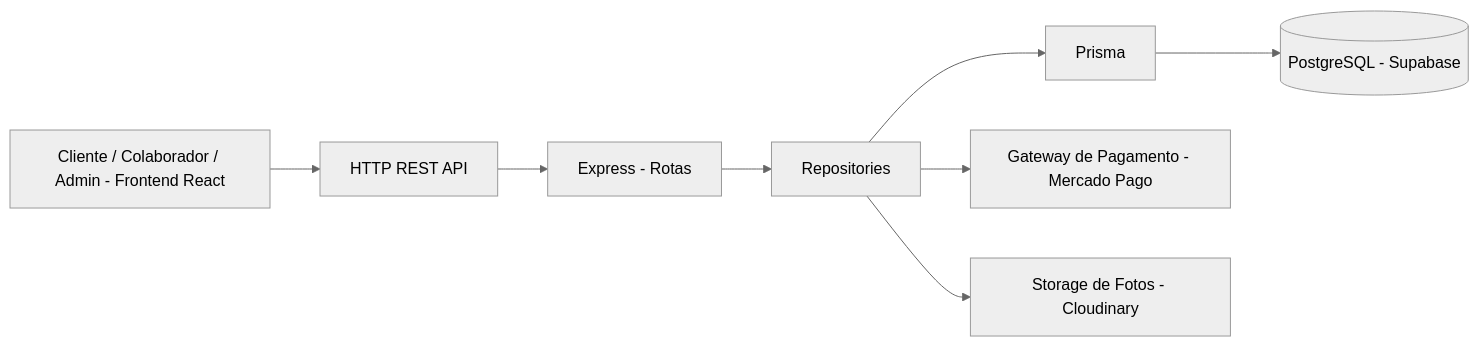
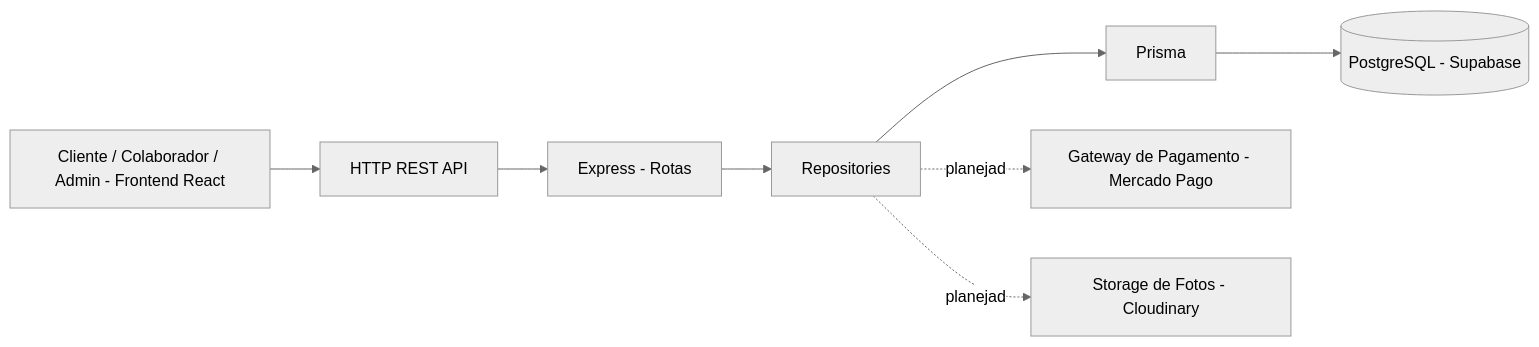
One commit to Jaqueline-BCO-97/Gestao-de-Obras changed the first of 3 diagrams in README.md. Above: the diagram before and after it, drawn with Mermaid (neutral theme). The commit also changed other lines of this file, not shown here.

````diff
--- a/README.md
+++ b/README.md
@@ -123,10 +140,10 @@
 ```mermaid
 flowchart LR
     A[Cliente / Colaborador / Admin - Frontend React] --> B[HTTP REST API]
     B --> C[Express - Rotas]
     C --> D[Repositories]
     D --> E[Prisma]
     E --> F[(PostgreSQL - Supabase)]
-    D --> G[Gateway de Pagamento - Mercado Pago]
-    D --> H[Storage de Fotos - Cloudinary]
+    D -.planejado.-> G[Gateway de Pagamento - Mercado Pago]
+    D -.planejado.-> H[Storage de Fotos - Cloudinary]
 ```
````
